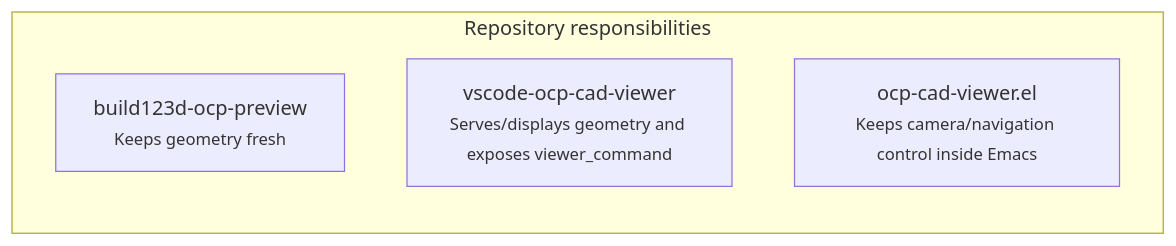
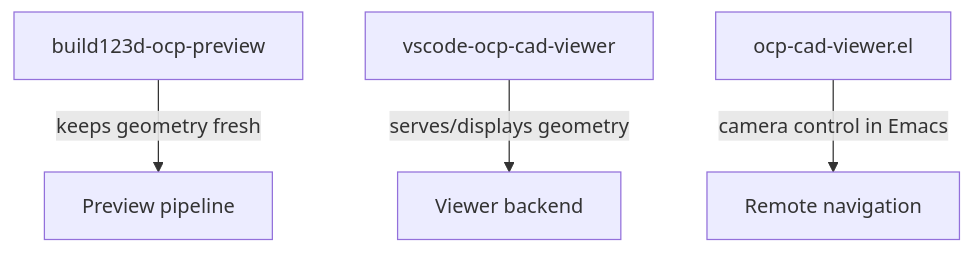
The first of 2 diagrams in README.md (KarimAziev/vscode-ocp-cad-viewer), drawn with Mermaid before and after one commit. The commit also changed other lines of this file, not shown here.

Commit message:
docs: update README diagram and controls TOC

````diff
--- a/README.md
+++ b/README.md
@@ -27,8 +27,14 @@
 ```mermaid
-flowchart LR
-    subgraph Repositories[Repository responsibilities]
-        A[build123d-ocp-preview<br/><small>Keeps geometry fresh</small>]
-        B[vscode-ocp-cad-viewer<br/><small>Serves/displays geometry and exposes viewer_command</small>]
-        C[ocp-cad-viewer.el<br/><small>Keeps camera/navigation control inside Emacs</small>]
-    end
+flowchart TB
+    A[build123d-ocp-preview]
+    B[vscode-ocp-cad-viewer]
+    C[ocp-cad-viewer.el]
+
+    A -->|keeps geometry fresh| D[Preview pipeline]
+    B -->|serves/displays geometry| E[Viewer backend]
+    C -->|camera control in Emacs| F[Remote navigation]
+
+    click A "https://github.com/KarimAziev/build123d-ocp-preview" "Open repository"
+    click B "https://github.com/KarimAziev/vscode-ocp-cad-viewer" "Open repository"
+    click C "https://github.com/KarimAziev/ocp-cad-viewer" "Open repository"
 ```
````
